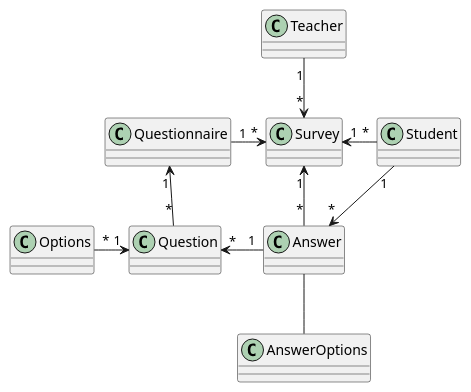
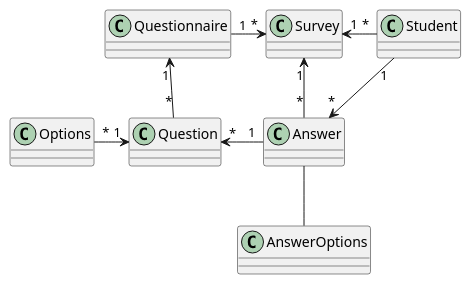
The first of 2 diagrams in asciidocs/index.adoc (1920-3ahitm-itp/02-project-repositories-studentfeedback), drawn with PlantUML before and after one commit. The commit also changed other lines of this file and 2 other files, not shown here.

Commit message:
updated sql-scripts

```diff
--- a/asciidocs/index.adoc
+++ b/asciidocs/index.adoc
@@ -4,29 +4,28 @@
 [plantuml,erd,png]
 ----
 @startuml
+
 class Questionnaire
 class Student
 class Question
-class Teacher
 class Answer
 class AnswerOptions
 class Options
 class Student
 class Survey
 
 
 
 Options "*" -right-> "1" Question
 Question "*" -up-> "1" Questionnaire
 Answer "1" -left-> "*" Question
 Questionnaire "1" -right-> " *" Survey
-Teacher "1" -down-> " *" Survey
 AnswerOptions -up- Answer
 Student "*" -left-> "1" Survey
 Student "1" -right-> "*" Answer
 Answer "*" -up-> "1" Survey
 
 
 
 @enduml
 ----
```
